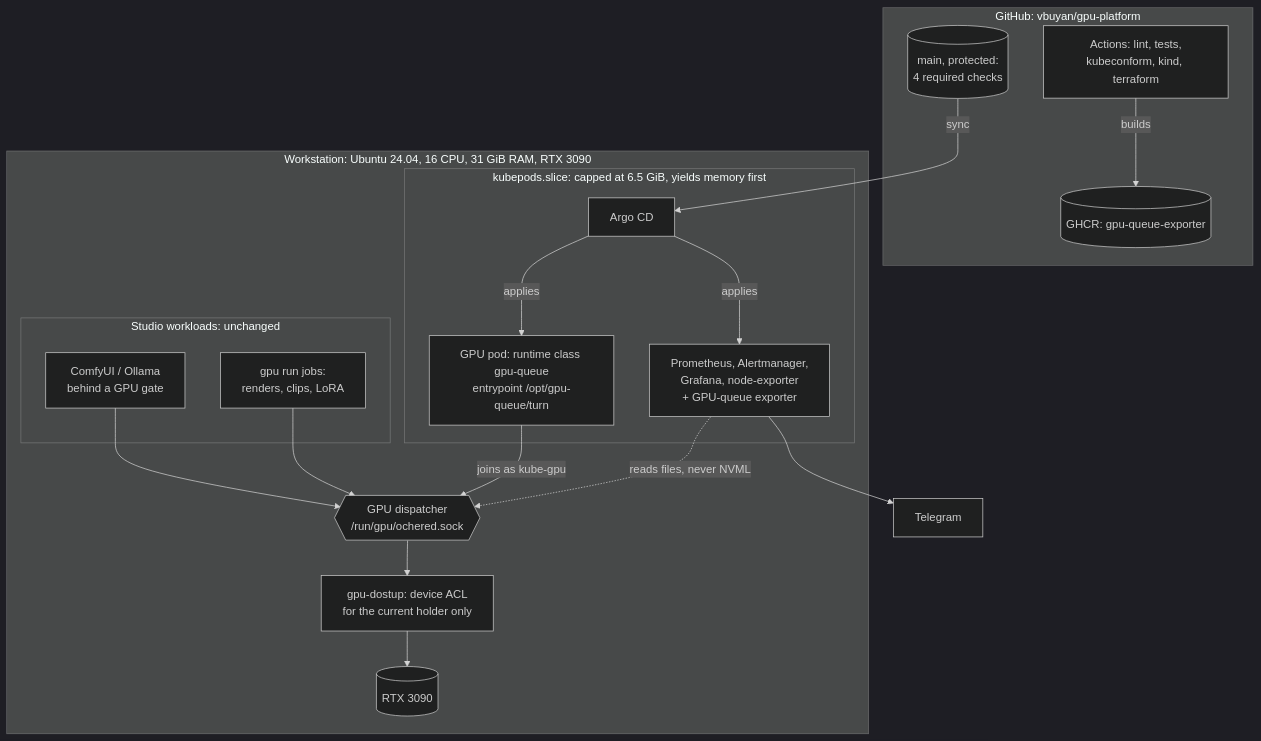
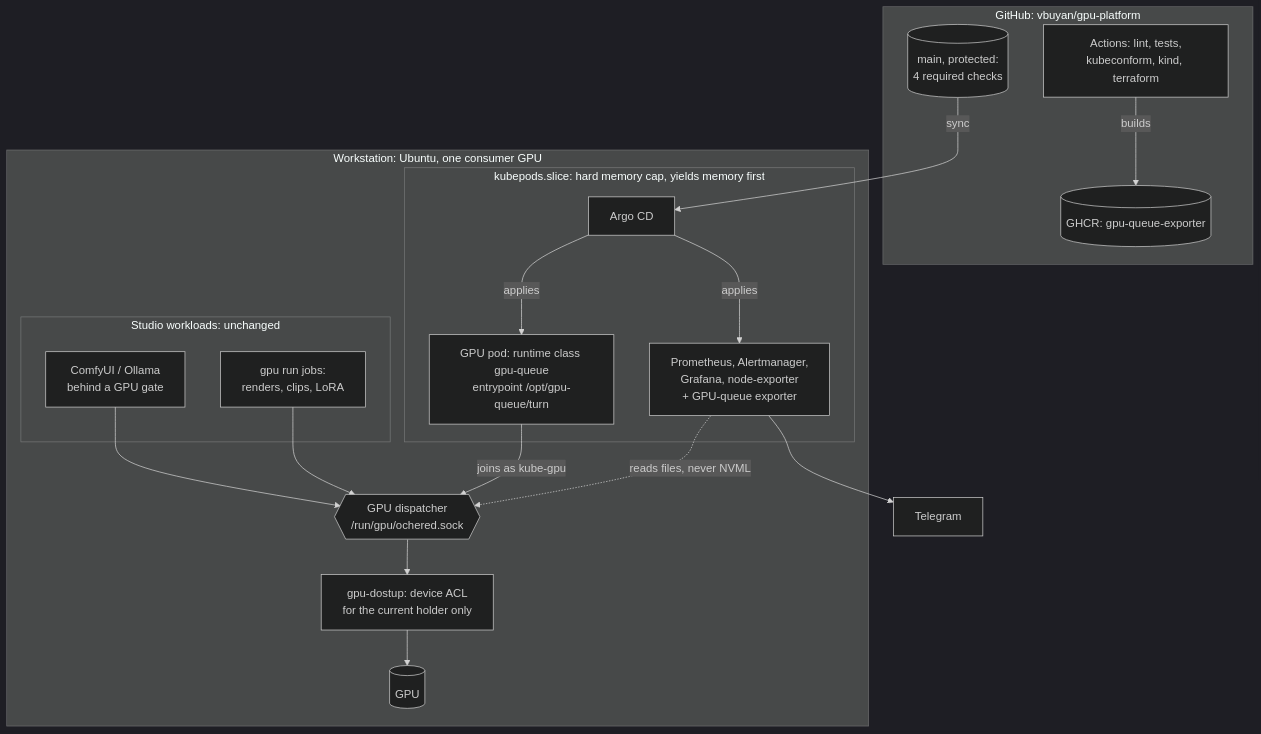
Before and after one commit to vbuyan/gpu-platform: the first of 2 diagrams in docs/architecture.md, drawn with Mermaid (dark theme). The commit also changed other lines of this file and 14 other files, not shown here.

````diff
--- a/docs/architecture.md
+++ b/docs/architecture.md
@@ -9,37 +9,37 @@
 ```mermaid
 flowchart TB
   subgraph gh[GitHub: vbuyan/gpu-platform]
     repo[(main, protected:<br/>4 required checks)]
     ci[Actions: lint, tests,<br/>kubeconform, kind, terraform]
     ghcr[(GHCR: gpu-queue-exporter)]
   end
 
-  subgraph host[Workstation: Ubuntu 24.04, 16 CPU, 31 GiB RAM, RTX 3090]
+  subgraph host[Workstation: Ubuntu, one consumer GPU]
     subgraph studio[Studio workloads: unchanged]
       comfy[ComfyUI / Ollama<br/>behind a GPU gate]
       jobs[gpu run jobs:<br/>renders, clips, LoRA]
     end
     queue{{GPU dispatcher<br/>/run/gpu/ochered.sock}}
     guard[gpu-dostup: device ACL<br/>for the current holder only]
-    gpu[(RTX 3090)]
+    gpu[(GPU)]
 
-    subgraph k8s[kubepods.slice: capped at 6.5 GiB, yields memory first]
+    subgraph k8s[kubepods.slice: hard memory cap, yields memory first]
       argo[Argo CD]
       mon[Prometheus, Alertmanager,<br/>Grafana, node-exporter<br/>+ GPU-queue exporter]
       gpujob[GPU pod: runtime class gpu-queue<br/>entrypoint /opt/gpu-queue/turn]
     end
   end
 
   tg[Telegram]
 
   repo -- sync --> argo
   argo -- applies --> mon
   argo -- applies --> gpujob
   ci -- builds --> ghcr
   comfy --> queue
   jobs --> queue
   gpujob -- joins as kube-gpu --> queue
   queue --> guard --> gpu
   mon -. reads files, never NVML .-> queue
   mon --> tg
 ```
````
